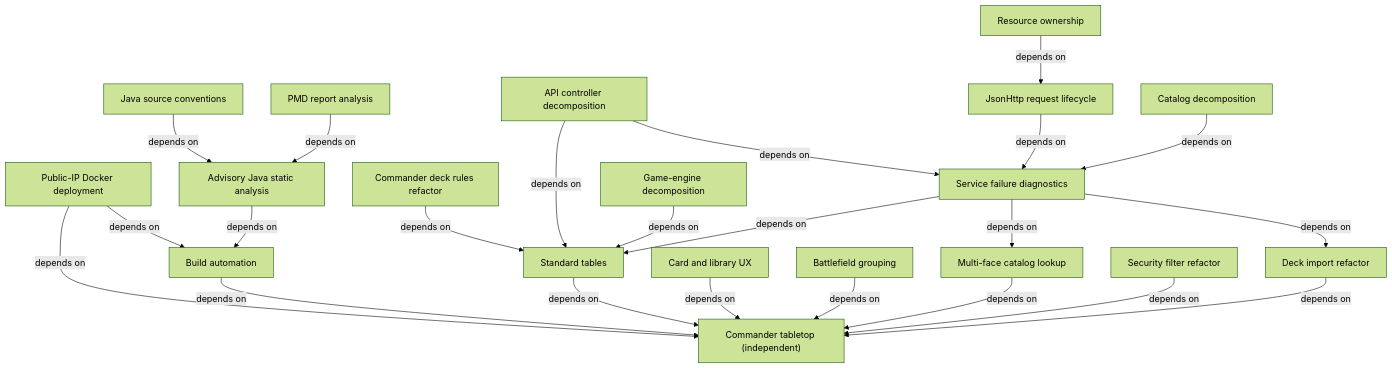
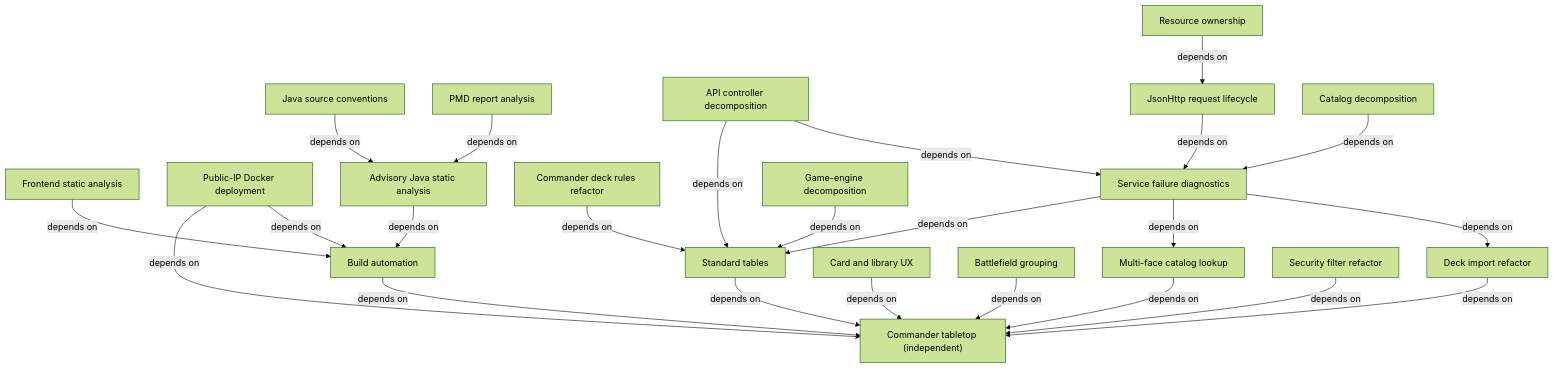
One commit to gossagomez-new/mtgcmd changed the diagram in spec/INDEX.md. Above: the diagram before and after it, drawn with Mermaid (forest theme). The commit also changed other lines of this file and 15 other files, not shown here.

Commit message:
build(frontend): add advisory static analysis

````diff
--- a/spec/INDEX.md
+++ b/spec/INDEX.md
@@ -33,44 +37,46 @@
 ```mermaid
 flowchart TD
+    frontendanalysis["Frontend static analysis"]
+    frontendanalysis -->|depends on| build
     deployment["Public-IP Docker deployment"]
     deployment -->|depends on| build
     deployment -->|depends on| tabletop
     tabletop["Commander tabletop (independent)"]
     build["Build automation"]
     analysis["Advisory Java static analysis"]
     analysis -->|depends on| build
     conventions["Java source conventions"]
     conventions -->|depends on| analysis
     pmdreview["PMD report analysis"]
     pmdreview -->|depends on| analysis
     imports["Deck import refactor"]
     imports -->|depends on| tabletop
     catalog["Multi-face catalog lookup"]
     catalog -->|depends on| tabletop
     ux["Card and library UX"]
     ux -->|depends on| tabletop
     grouping["Battlefield grouping"]
     grouping -->|depends on| tabletop
     standard["Standard tables"]
     standard -->|depends on| tabletop
     deckrules["Commander deck rules refactor"]
     deckrules -->|depends on| standard
     diagnostics["Service failure diagnostics"]
     diagnostics -->|depends on| imports
     diagnostics -->|depends on| catalog
     diagnostics -->|depends on| standard
     api["API controller decomposition"]
     api -->|depends on| diagnostics
     api -->|depends on| standard
     transport["JsonHttp request lifecycle"]
     transport -->|depends on| diagnostics
     resources["Resource ownership"]
     resources -->|depends on| transport
     decomposition["Catalog decomposition"]
     decomposition -->|depends on| diagnostics
     engine["Game-engine decomposition"]
     engine -->|depends on| standard
     security["Security filter refactor"]
     security -->|depends on| tabletop
     build -->|depends on| tabletop
 ```
````
